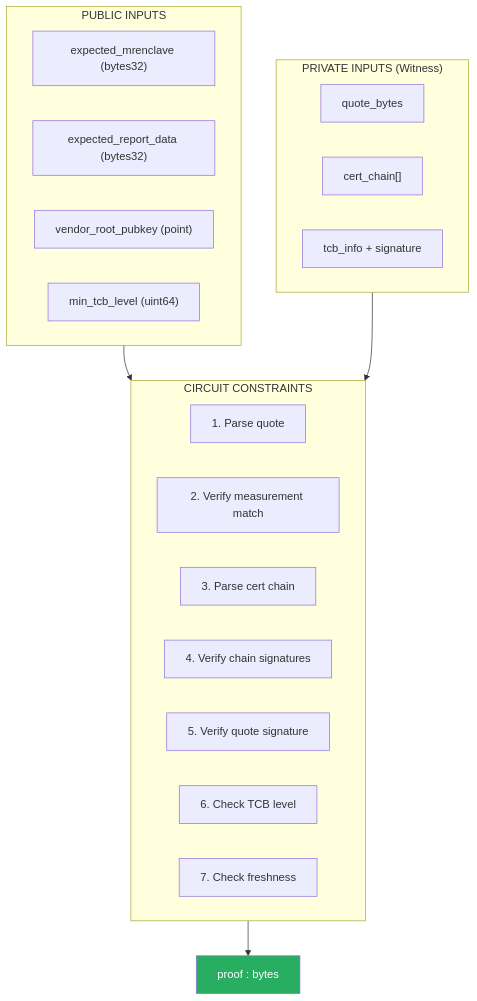
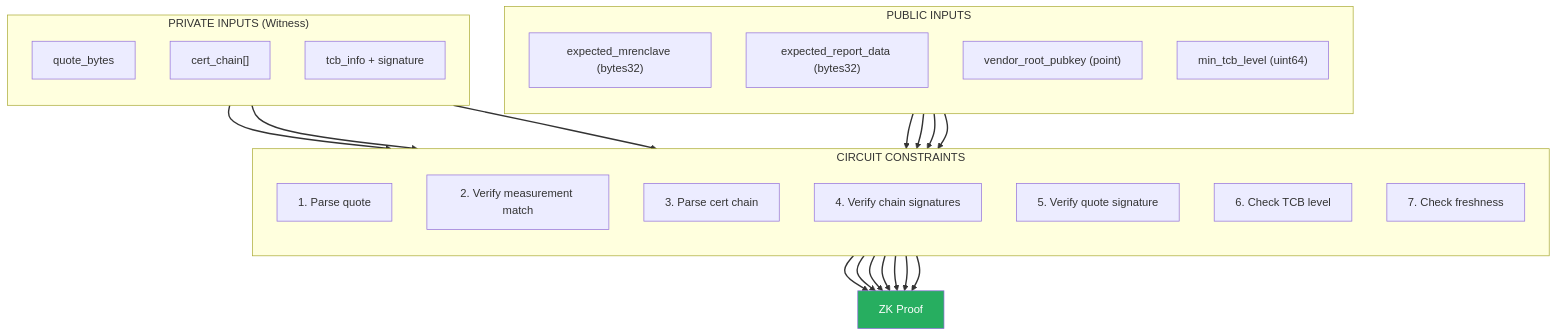
The eighth of 9 diagrams in posts/02-tee-attestation-model.md (V-k-h/roots-of-trust), drawn with Mermaid before and after one commit. The commit also changed other lines of this file, not shown here.

````diff
--- a/posts/02-tee-attestation-model.md
+++ b/posts/02-tee-attestation-model.md
@@ -357,31 +393,49 @@
 ```mermaid
 flowchart TD
     subgraph Public["PUBLIC INPUTS"]
+        direction TB
         P1["expected_mrenclave (bytes32)"]
         P2["expected_report_data (bytes32)"]
         P3["vendor_root_pubkey (point)"]
         P4["min_tcb_level (uint64)"]
     end
     
     subgraph Private["PRIVATE INPUTS (Witness)"]
+        direction TB
         W1["quote_bytes"]
         W2["cert_chain[]"]
         W3["tcb_info + signature"]
     end
     
     subgraph Constraints["CIRCUIT CONSTRAINTS"]
+        direction TB
         C1["1. Parse quote"]
         C2["2. Verify measurement match"]
         C3["3. Parse cert chain"]
         C4["4. Verify chain signatures"]
         C5["5. Verify quote signature"]
         C6["6. Check TCB level"]
         C7["7. Check freshness"]
     end
     
-    Public --> Constraints
-    Private --> Constraints
-    Constraints --> Output["proof : bytes"]
+    P1 --> C1
+    P2 --> C2
+    P3 --> C4
+    P4 --> C6
+    
+    W1 --> C1
+    W2 --> C3
+    W3 --> C6
+    
+    C1 --> Output["ZK Proof"]
+    C2 --> Output
+    C3 --> Output
+    C4 --> Output
+    C5 --> Output
+    C6 --> Output
+    C7 --> Output
     
     style Output fill:#27ae60,color:#fff
+    
+    linkStyle default stroke:#333,stroke-width:2px
 ```
````
